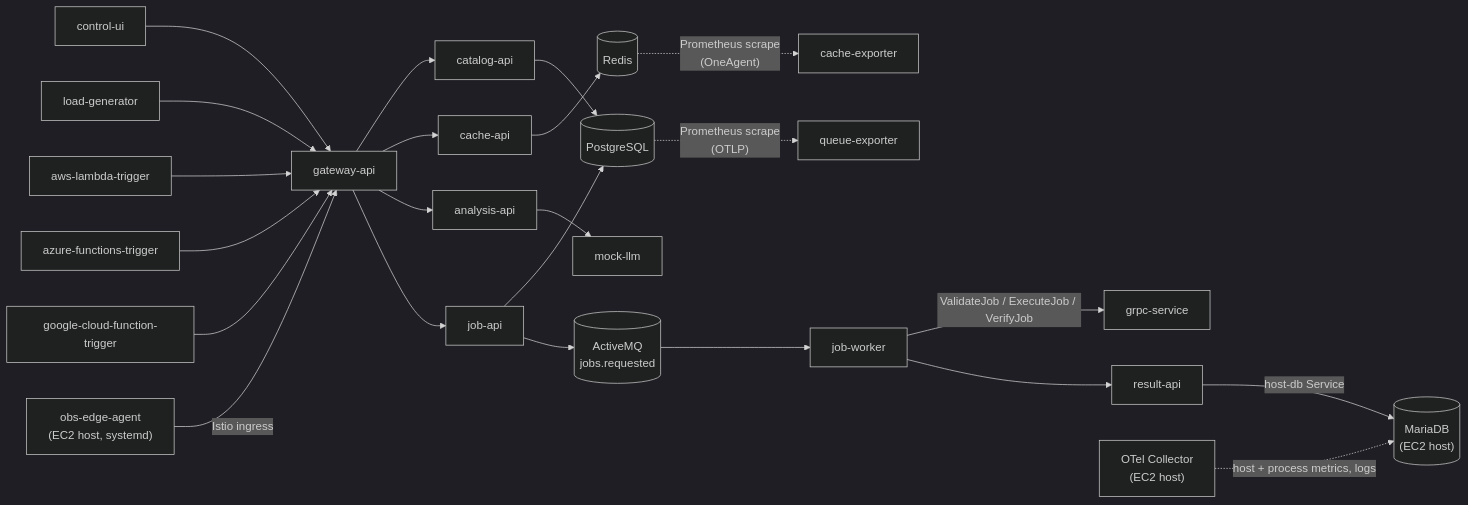
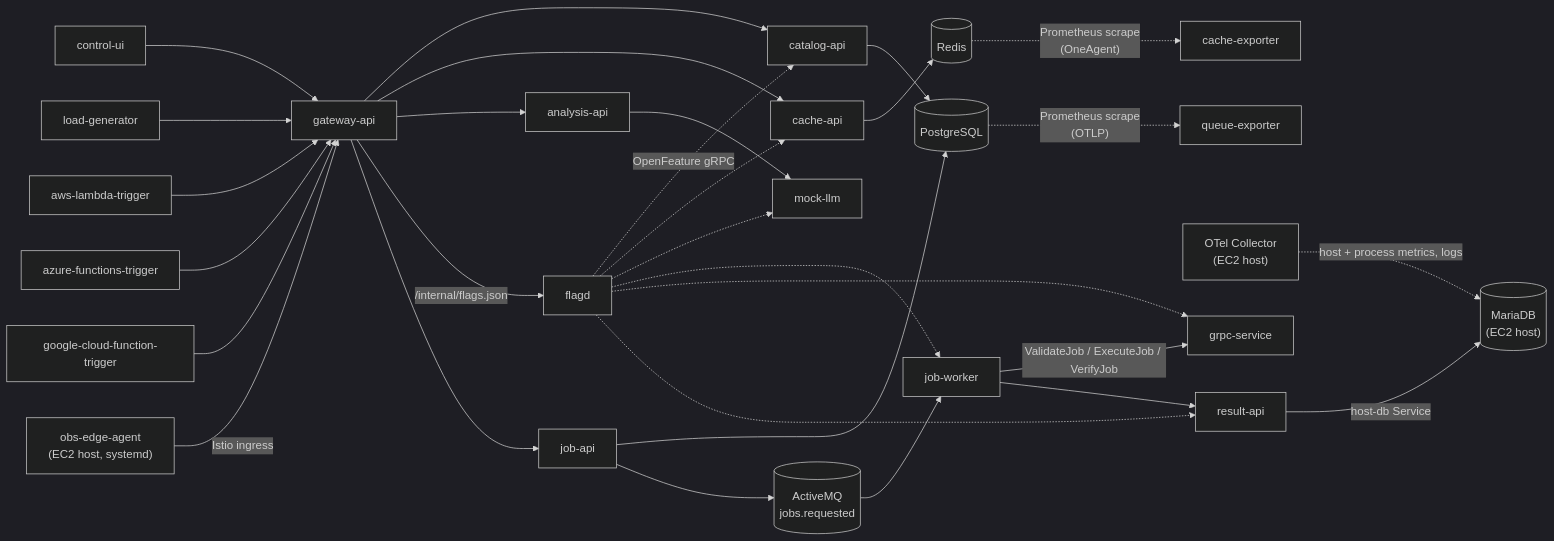
Before and after one commit to tristanmarl/obs-demo: the diagram in docs/architecture.md, drawn with Mermaid (dark theme). The commit also changed other lines of this file and 42 other files, not shown here.

````diff
--- a/docs/architecture.md
+++ b/docs/architecture.md
@@ -5,29 +5,37 @@
 ```mermaid
 flowchart LR
   control["control-ui"] --> gateway["gateway-api"]
   load["load-generator"] --> gateway
   aws["aws-lambda-trigger"] --> gateway
   azure["azure-functions-trigger"] --> gateway
   google["google-cloud-function-trigger"] --> gateway
 
   gateway --> catalog["catalog-api"]
   catalog --> postgres[("PostgreSQL")]
   gateway --> cache["cache-api"]
   cache --> redis[("Redis")]
   gateway --> analysis["analysis-api"]
   analysis --> llm["mock-llm"]
 
+  gateway -->|"/internal/flags.json"| flagd["flagd"]
+  flagd -.->|"OpenFeature gRPC"| catalog
+  flagd -.-> cache
+  flagd -.-> llm
+  flagd -.-> worker
+  flagd -.-> grpc
+  flagd -.-> result
+
   gateway --> job["job-api"]
   job --> postgres
   job --> broker[("ActiveMQ\njobs.requested")]
   broker --> worker["job-worker"]
   worker -->|"ValidateJob / ExecuteJob / VerifyJob"| grpc["grpc-service"]
   worker --> result["result-api"]
 
   edge["obs-edge-agent\n(EC2 host, systemd)"] -->|"Istio ingress"| gateway
   result -->|"host-db Service"| hostdb[("MariaDB\n(EC2 host)")]
   hcol["OTel Collector\n(EC2 host)"] -.->|"host + process metrics, logs"| hostdb
 
   redis -.->|"Prometheus scrape\n(OneAgent)"| cexp["cache-exporter"]
   postgres -.->|"Prometheus scrape\n(OTLP)"| qexp["queue-exporter"]
 ```
````
